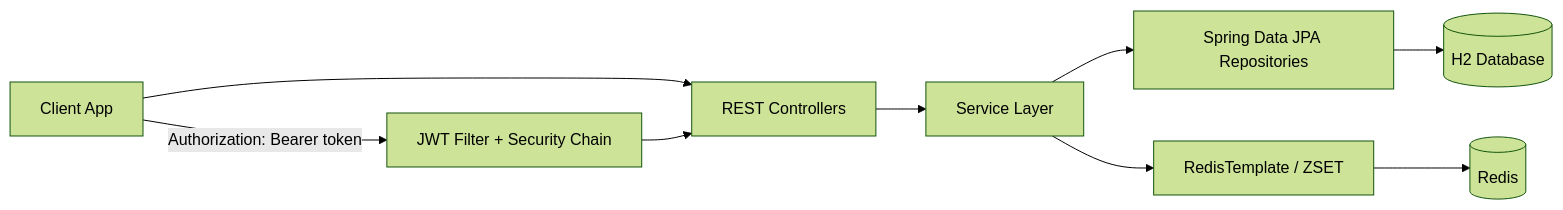
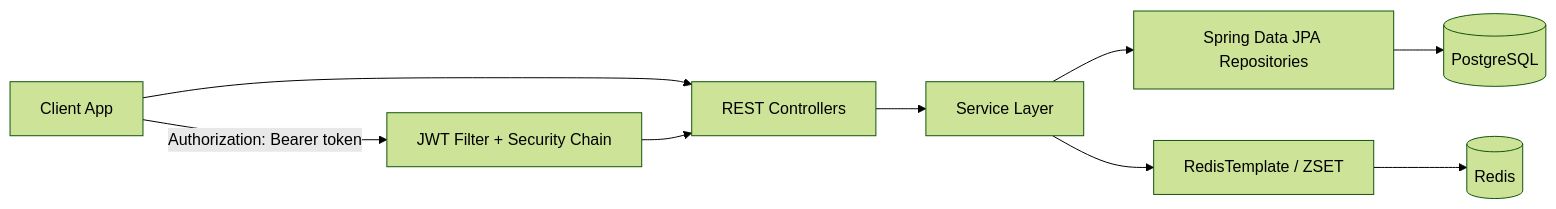
One commit to ANR22/workout-leaderboard-backend changed the first of 2 diagrams in README.md. Above: the diagram before and after it, drawn with Mermaid (forest theme). The commit also changed other lines of this file and 3 other files, not shown here.

````diff
--- a/README.md
+++ b/README.md
@@ -47,12 +47,12 @@
 ```mermaid
 flowchart LR
     Client[Client App] --> Controller[REST Controllers]
     Controller --> Service[Service Layer]
     Service --> JPA[Spring Data JPA Repositories]
-    JPA --> H2[(H2 Database)]
+    JPA --> Postgres[(PostgreSQL)]
     Service --> RedisOps[RedisTemplate / ZSET]
     RedisOps --> Redis[(Redis)]
 
     Client -->|Authorization: Bearer token| Security[JWT Filter + Security Chain]
     Security --> Controller
 ```
````
